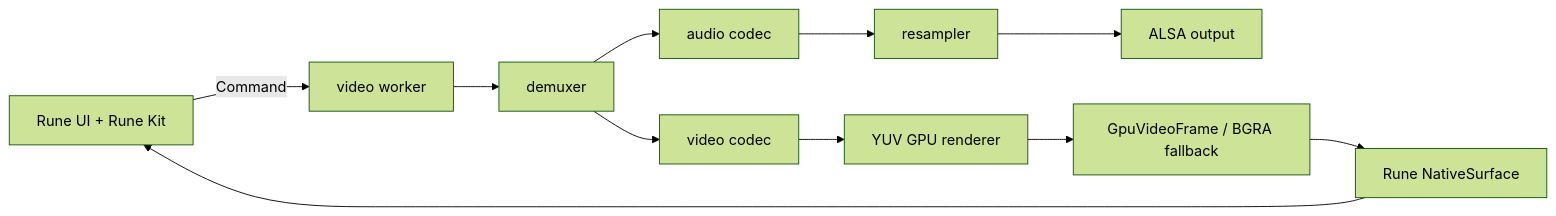
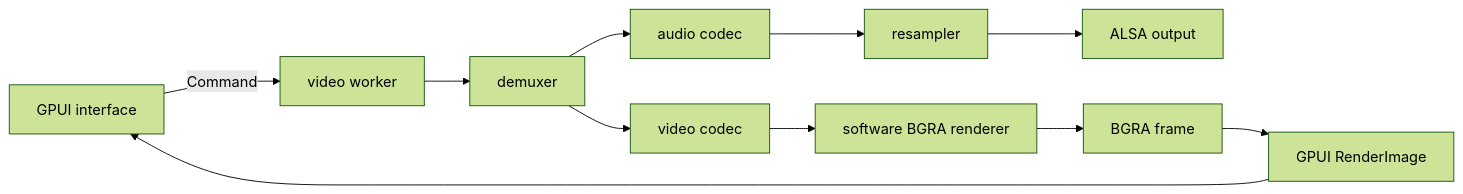
One commit to Nguyentudung/veyra changed the diagram in docs/architecture.md. Above: the diagram before and after it, drawn with Mermaid (forest theme). The commit also changed other lines of this file and 45 other files, not shown here.

Commit message:
v0.0.25: change the graphics library to gpui

````diff
--- a/docs/architecture.md
+++ b/docs/architecture.md
@@ -50,13 +50,13 @@
 ```mermaid
 flowchart LR
-  UI[Rune UI + Rune Kit] -->|Command| W[video worker]
+  UI[GPUI interface] -->|Command| W[video worker]
   W --> D[demuxer]
   D --> AC[audio codec]
   D --> VC[video codec]
   AC --> R[resampler]
   R --> A[ALSA output]
-  VC --> S[YUV GPU renderer]
-  S --> F[GpuVideoFrame / BGRA fallback]
-  F --> NS[Rune NativeSurface]
-  NS --> UI
+  VC --> S[software BGRA renderer]
+  S --> F[BGRA frame]
+  F --> I[GPUI RenderImage]
+  I --> UI
 ```
````
